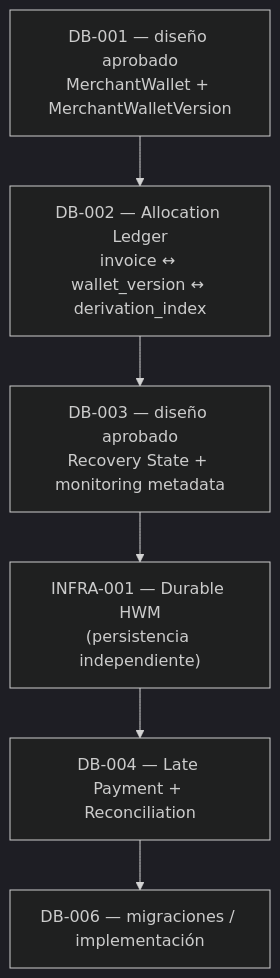
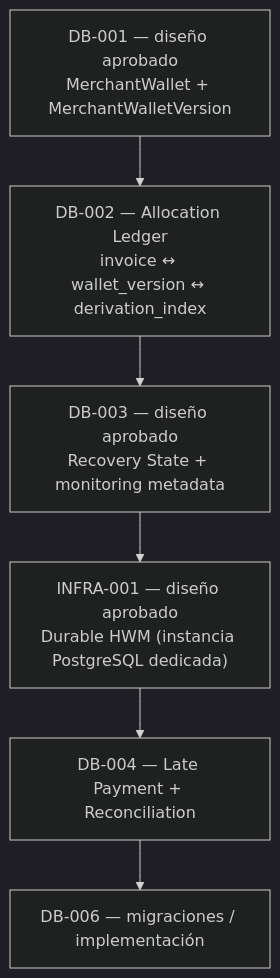
One commit to arcenioLupin/floweypay changed the diagram in docs/architecture/15-future-roadmap.md. Above: the diagram before and after it, drawn with Mermaid (dark theme). The commit also changed other lines of this file and 9 other files, not shown here.

Commit message:
docs: define durable HWM infrastructure design

````diff
--- a/docs/architecture/15-future-roadmap.md
+++ b/docs/architecture/15-future-roadmap.md
@@ -32,10 +32,10 @@
 ```mermaid
 flowchart TB
     DB001["DB-001 — diseño aprobado<br/>MerchantWallet + MerchantWalletVersion"]
     DB002["DB-002 — Allocation Ledger<br/>invoice ↔ wallet_version ↔ derivation_index"]
     DB003["DB-003 — diseño aprobado<br/>Recovery State + monitoring metadata"]
-    INFRA001["INFRA-001 — Durable HWM<br/>(persistencia independiente)"]
+    INFRA001["INFRA-001 — diseño aprobado<br/>Durable HWM (instancia PostgreSQL dedicada)"]
     DB004["DB-004 — Late Payment + Reconciliation"]
     DB006["DB-006 — migraciones / implementación"]
     DB001 --> DB002 --> DB003 --> INFRA001 --> DB004 --> DB006
 ```
````
